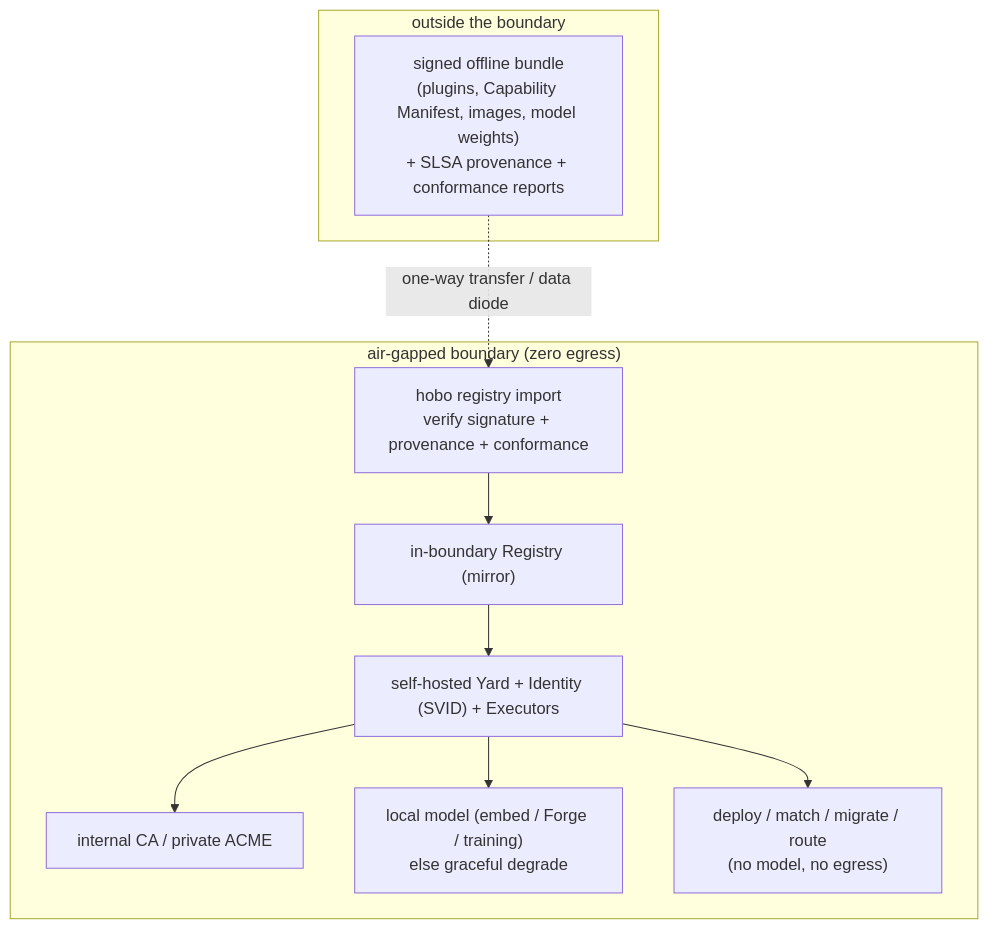
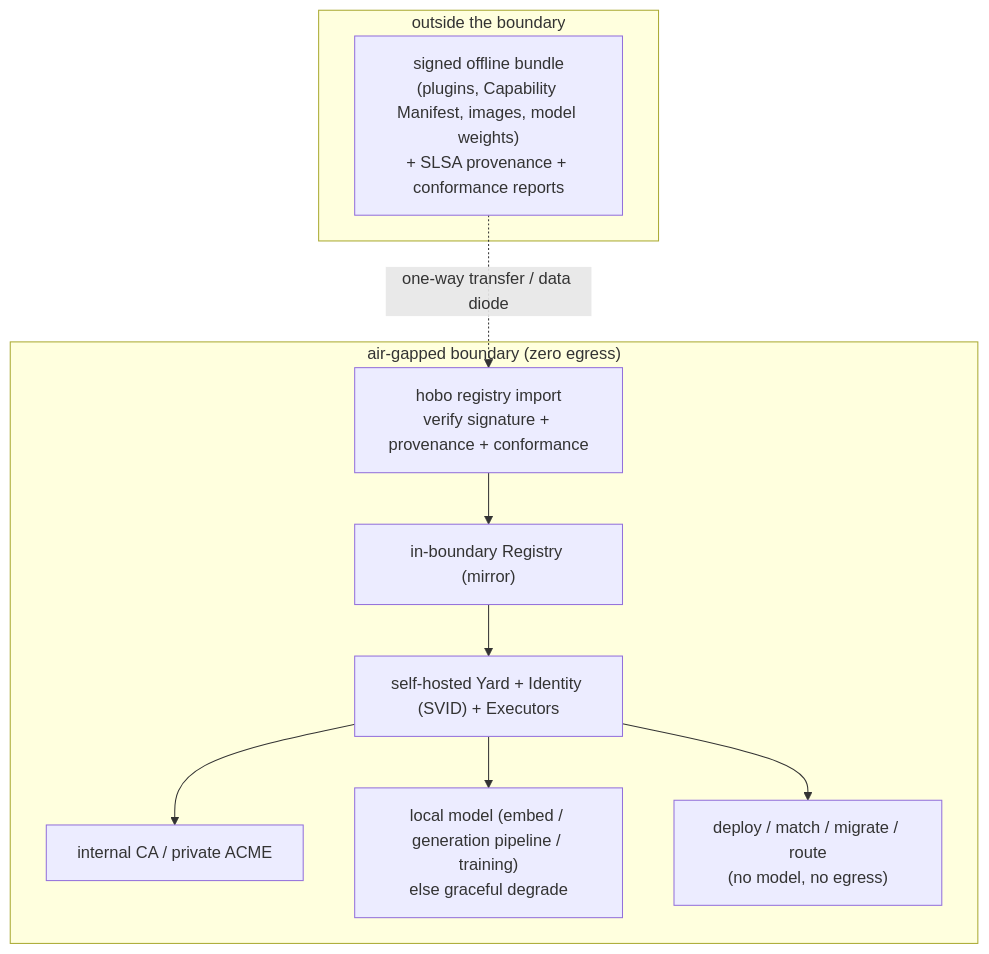
One commit to Tyler-R-Kendrick/HoBo changed the fourth of 4 diagrams in docs/design/platform-engineering.md. Above: the diagram before and after it, drawn with Mermaid. The commit also changed other lines of this file and 31 other files, not shown here.

First line of the commit message:
docs: de-brand "Forge" — it's the AI generation pipeline, a technical detail

````diff
--- a/docs/design/platform-engineering.md
+++ b/docs/design/platform-engineering.md
@@ -189,20 +189,20 @@
 ```mermaid
 flowchart TD
   subgraph OUT["outside the boundary"]
     BUNDLE["signed offline bundle<br/>(plugins, Capability Manifest, images, model weights)<br/>+ SLSA provenance + conformance reports"]
   end
   subgraph BND["air-gapped boundary (zero egress)"]
     IMP["hobo registry import<br/>verify signature + provenance + conformance"]
     REG["in-boundary Registry (mirror)"]
     YARD["self-hosted Yard + Identity (SVID) + Executors"]
     CA["internal CA / private ACME"]
-    MODEL["local model (embed / Forge / training)<br/>else graceful degrade"]
+    MODEL["local model (embed / generation pipeline / training)<br/>else graceful degrade"]
     APP["deploy / match / migrate / route<br/>(no model, no egress)"]
   end
   BUNDLE -. one-way transfer / data diode .-> IMP
   IMP --> REG
   REG --> YARD
   YARD --> APP
   YARD --> CA
   YARD --> MODEL
 ```
````
